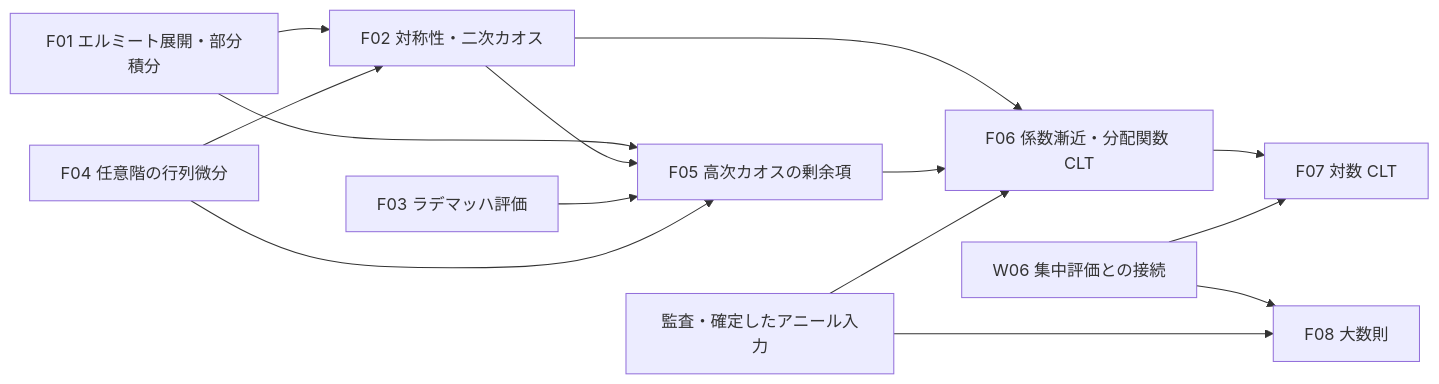
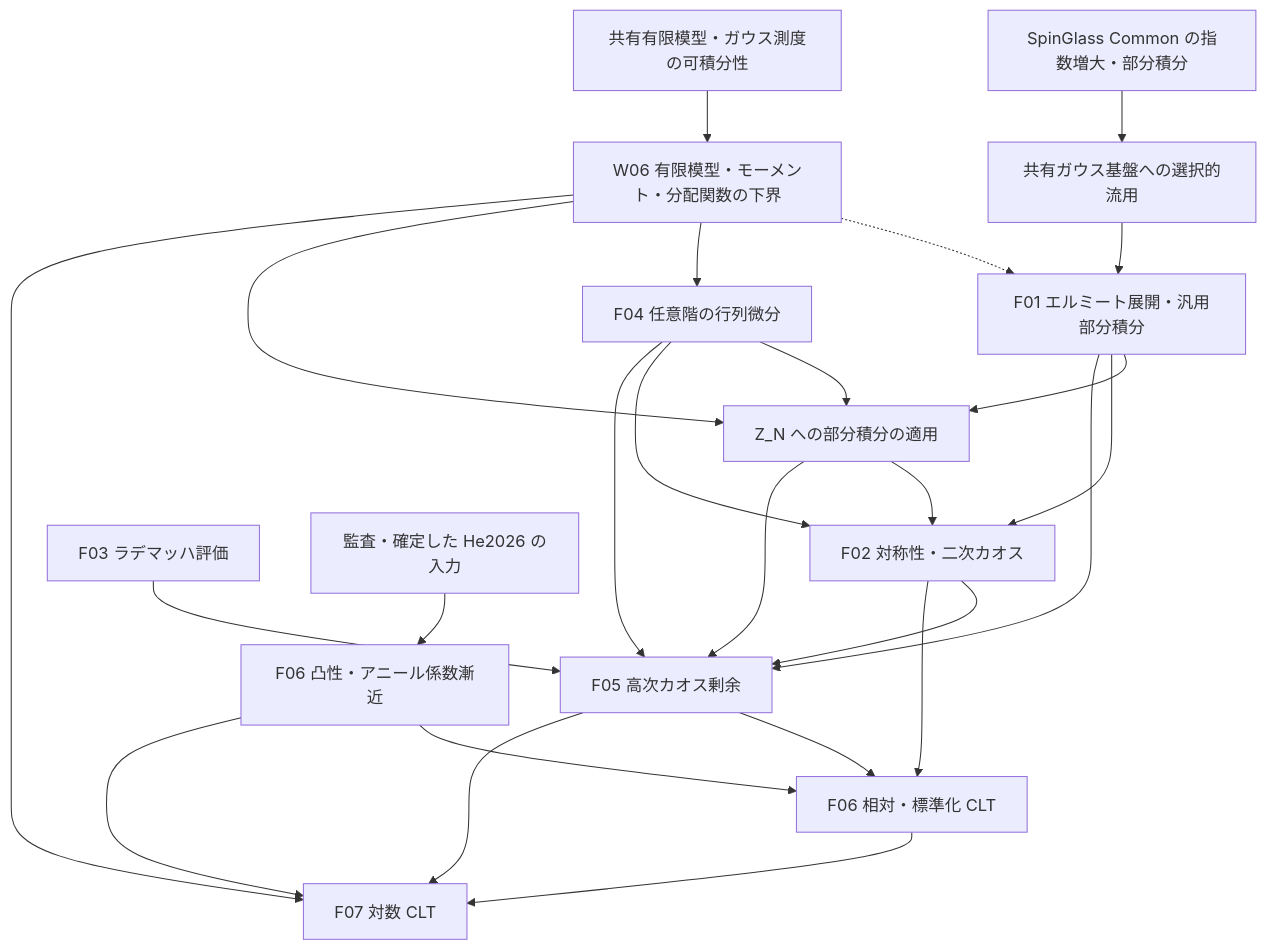
One commit to TokyoProbabilityGroup/SYK_CLT changed the diagram in CLT/ARCHITECTURE.md. Above: the diagram before and after it, drawn with Mermaid. The commit also changed other lines of this file and 16 other files, not shown here.

````diff
--- a/CLT/ARCHITECTURE.md
+++ b/CLT/ARCHITECTURE.md
@@ -226,16 +120,27 @@
 ```mermaid
-flowchart LR
-    F01["F01 エルミート展開・部分積分"] --> F02["F02 対称性・二次カオス"]
-    F04["F04 任意階の行列微分"] --> F02
-    F01 --> F05["F05 高次カオスの剰余項"]
+flowchart TD
+    shared["共有有限模型・ガウス測度の可積分性"] --> W06["W06 有限模型・モーメント・分配関数の下界"]
+    spin["SpinGlass Common の指数増大・部分積分"] --> gaussian["共有ガウス基盤への選択的流用"]
+    gaussian --> F01["F01 エルミート展開・汎用部分積分"]
+    W06 -.-> F01
+    W06 --> F04["F04 任意階の行列微分"]
+    F01 --> zIBP["Z_N への部分積分の適用"]
+    W06 --> zIBP
+    F04 --> zIBP
+    zIBP --> F02["F02 対称性・二次カオス"]
+    F01 --> F02
+    F04 --> F02
+    F01 --> F05["F05 高次カオス剰余"]
     F02 --> F05
+    F04 --> F05
+    zIBP --> F05
     F03["F03 ラデマッハ評価"] --> F05
-    F04 --> F05
-    F02 --> F06["F06 係数漸近・分配関数 CLT"]
-    F05 --> F06
-    annealed["監査・確定したアニール入力"] --> F06
-    F06 --> F07["F07 対数 CLT"]
-    concentration["W06 集中評価との接続"] --> F07
-    concentration --> F08["F08 大数則"]
-    annealed --> F08
+    external["監査・確定した He2026 の入力"] --> annealed["F06 凸性・アニール係数漸近"]
+    F02 --> clt["F06 相対・標準化 CLT"]
+    F05 --> clt
+    annealed --> clt
+    clt --> logclt["F07 対数 CLT"]
+    F05 --> logclt
+    W06 --> logclt
+    annealed --> logclt
 ```
````
